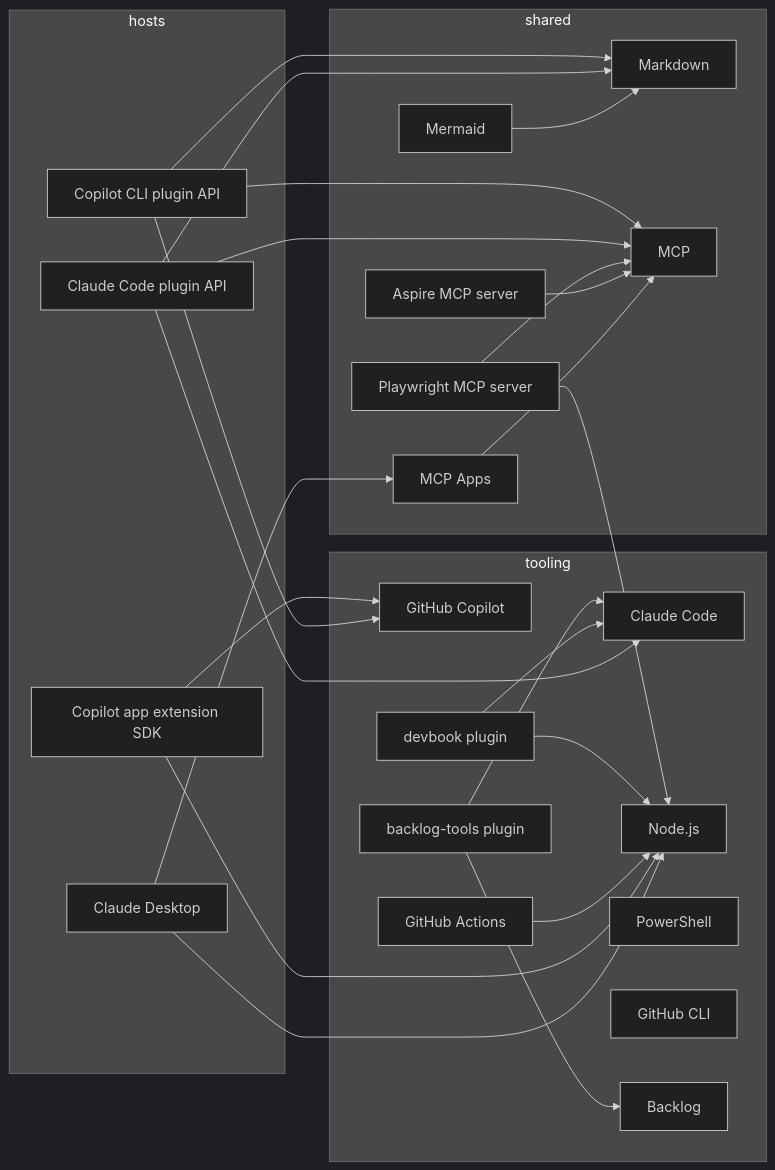
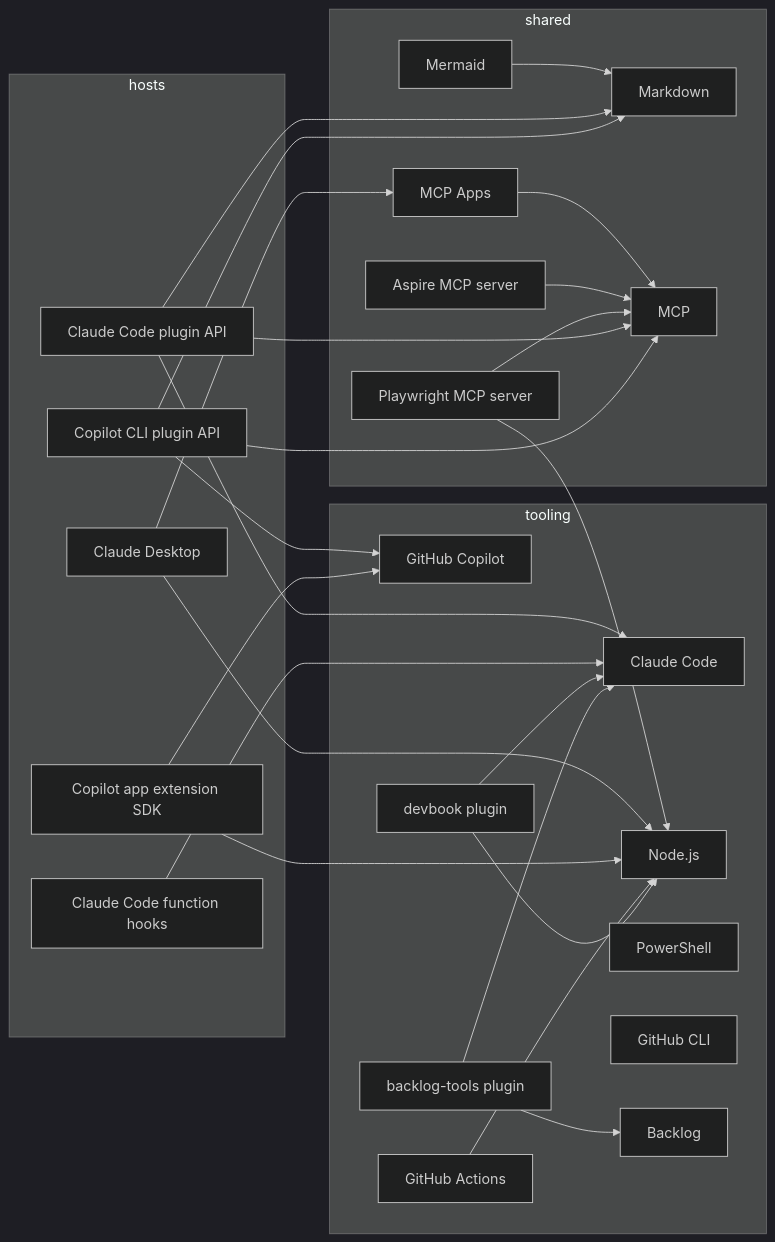
The diagram in .devbook/tech/technology-graph.md (JSdotNet/ai-plugins), drawn with Mermaid (dark theme) before and after one commit. The commit also changed other lines of this file and 2 other files, not shown here.

Commit message:
docs(tech): technology graph refresh 2026-10-12
Record the devbook, delivery, and delivery-schedule stamps at 1.20.1 and the
move to the jsdotnet-devbook marketplace, the auto-merge workflow, and the
Claude Code function hooks the claude-desktop-mods plugin runs as.

````diff
--- a/.devbook/tech/technology-graph.md
+++ b/.devbook/tech/technology-graph.md
@@ -23,48 +23,50 @@
 ```mermaid
 graph LR
     subgraph shared
         markdown[Markdown]
         mermaid[Mermaid]
         mcp[MCP]
         mcp-apps[MCP Apps]
         aspire-mcp[Aspire MCP server]
         playwright-mcp[Playwright MCP server]
     end
     subgraph hosts
         claude-api[Claude Code plugin API]
         copilot-api[Copilot CLI plugin API]
         claude-desktop[Claude Desktop]
         copilot-sdk[Copilot app extension SDK]
+        claude-hooks[Claude Code function hooks]
     end
     subgraph tooling
         claude-code[Claude Code]
         copilot[GitHub Copilot]
         node[Node.js]
         pwsh[PowerShell]
         actions[GitHub Actions]
         gh[GitHub CLI]
         devbook[devbook plugin]
         backlog[Backlog]
         backlog-tools[backlog-tools plugin]
     end
     mermaid --> markdown
     mcp-apps --> mcp
     aspire-mcp --> mcp
     playwright-mcp --> mcp
     playwright-mcp --> node
     claude-api --> claude-code
     claude-api --> markdown
     claude-api --> mcp
     copilot-api --> copilot
     copilot-api --> markdown
     copilot-api --> mcp
     claude-desktop --> mcp-apps
     claude-desktop --> node
     copilot-sdk --> copilot
     copilot-sdk --> node
+    claude-hooks --> claude-code
     actions --> node
     devbook --> node
     devbook --> claude-code
     backlog-tools --> claude-code
     backlog-tools --> backlog
 ```
````
